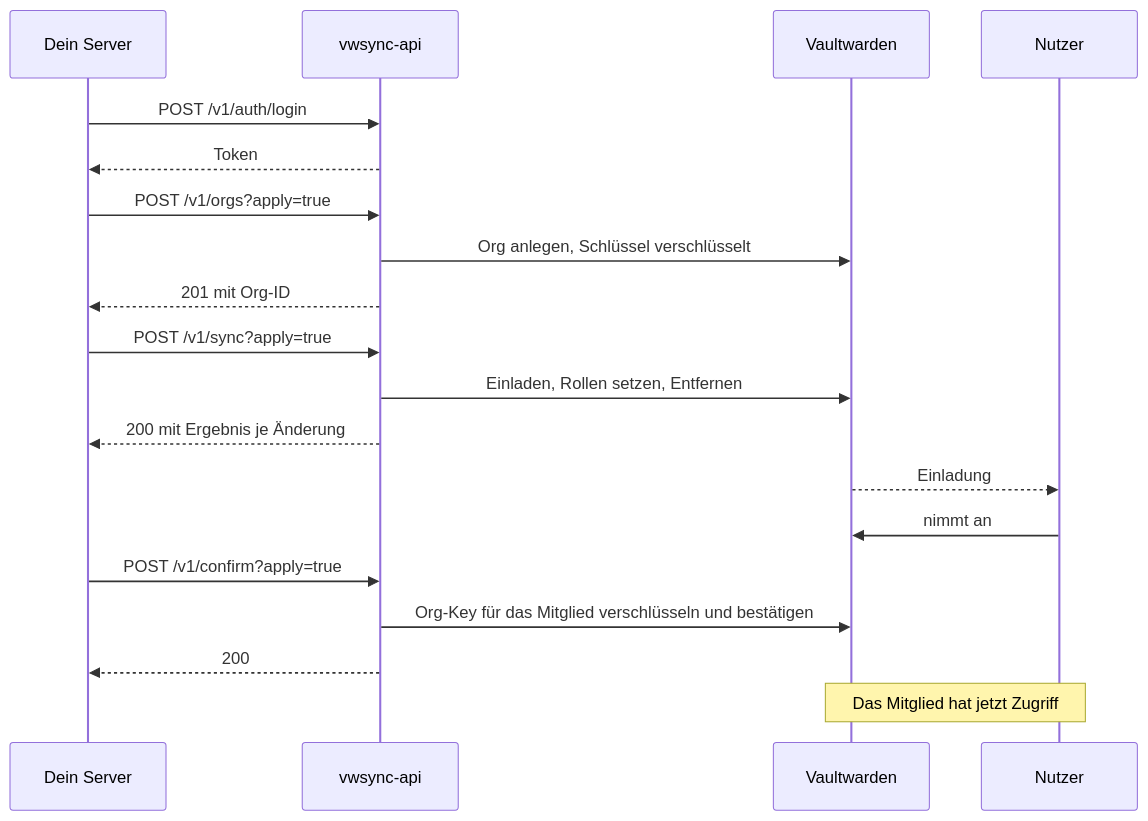
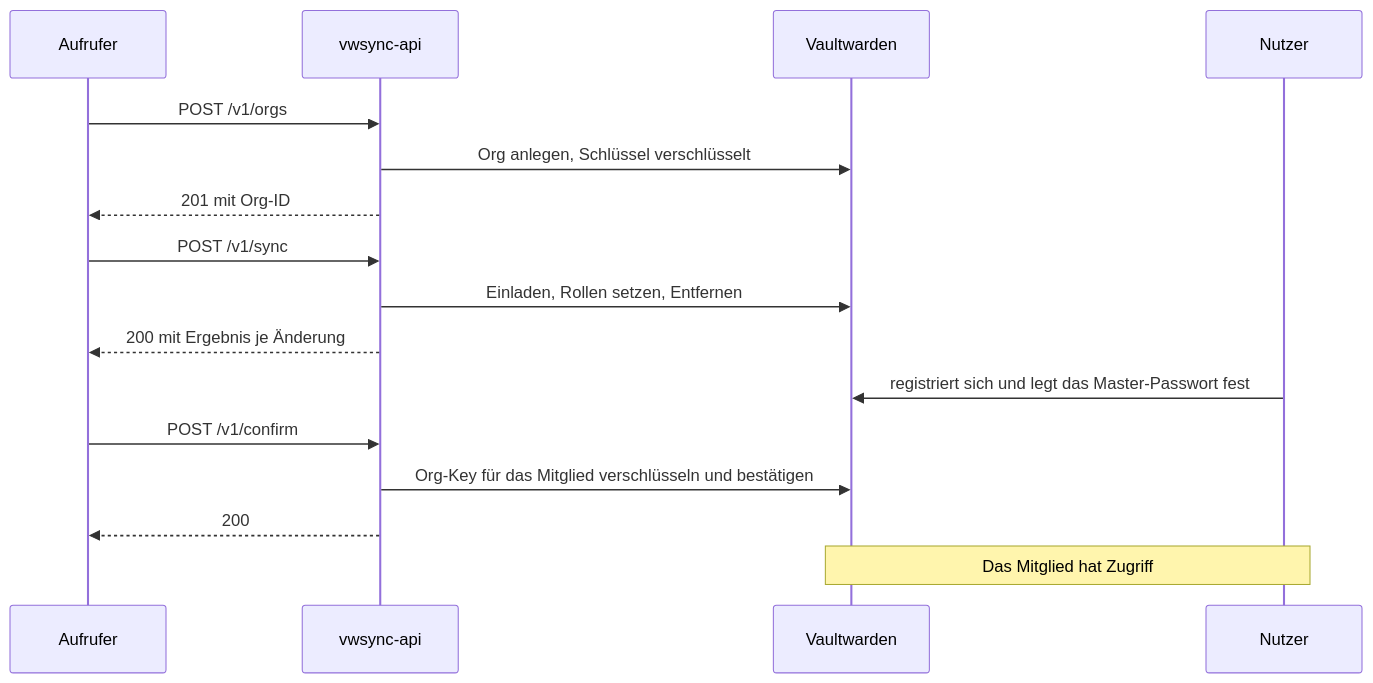
Before and after one commit to WhiteCoale/vwsync-api: the second of 4 diagrams in README.md, drawn with Mermaid. The commit also changed other lines of this file and 42 other files, not shown here.

````diff
--- a/README.md
+++ b/README.md
@@ -57,22 +81,19 @@
 ```mermaid
 sequenceDiagram
-    participant C as Dein Server
+    participant C as Aufrufer
     participant S as vwsync-api
     participant V as Vaultwarden
     participant U as Nutzer
 
-    C->>S: POST /v1/auth/login
-    S-->>C: Token
-    C->>S: POST /v1/orgs?apply=true
+    C->>S: POST /v1/orgs
     S->>V: Org anlegen, Schlüssel verschlüsselt
     S-->>C: 201 mit Org-ID
-    C->>S: POST /v1/sync?apply=true
+    C->>S: POST /v1/sync
     S->>V: Einladen, Rollen setzen, Entfernen
     S-->>C: 200 mit Ergebnis je Änderung
-    V-->>U: Einladung
-    U->>V: nimmt an
-    C->>S: POST /v1/confirm?apply=true
+    U->>V: registriert sich und legt das Master-Passwort fest
+    C->>S: POST /v1/confirm
     S->>V: Org-Key für das Mitglied verschlüsseln und bestätigen
     S-->>C: 200
-    Note over U,V: Das Mitglied hat jetzt Zugriff
+    Note over U,V: Das Mitglied hat Zugriff
 ```
````
